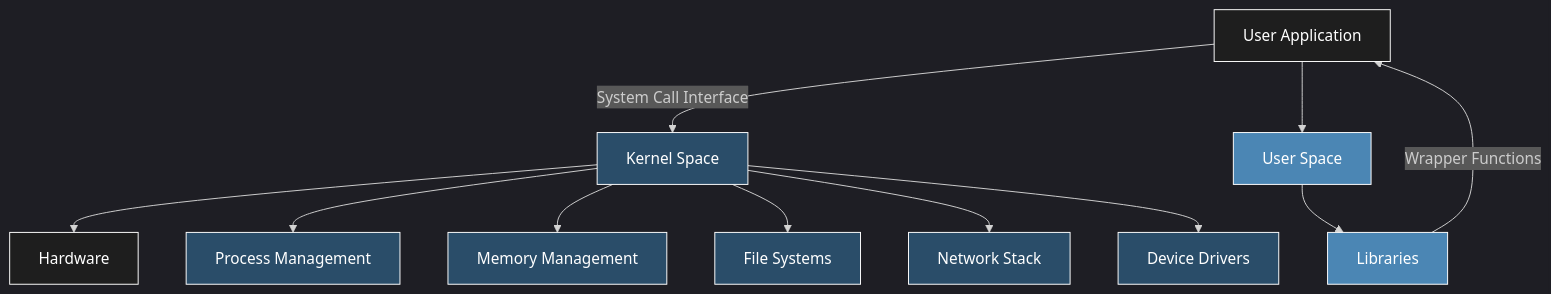
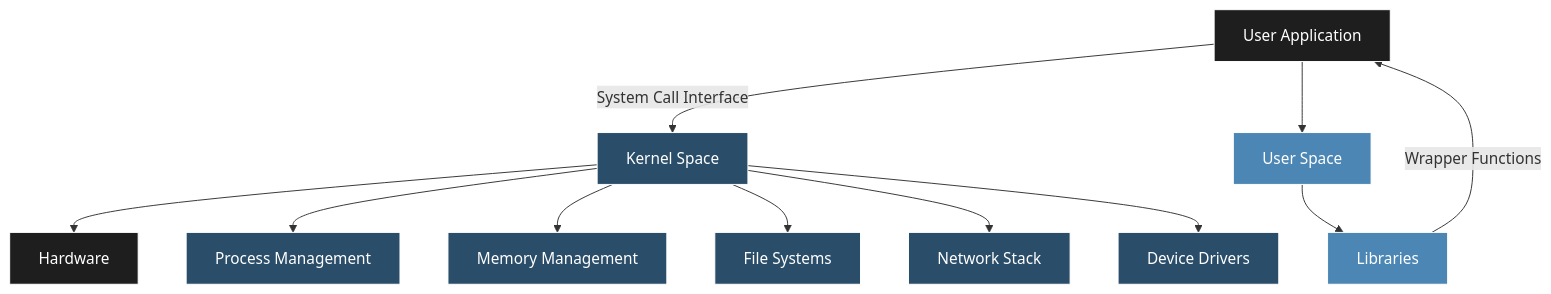
The eighth of 9 diagrams in README.md (Ananya-Addisu/Endless-OS), drawn with Mermaid before and after one commit. The commit also changed other lines of this file, not shown here.

````diff
--- a/README.md
+++ b/README.md
@@ -552,27 +559,26 @@
 ```mermaid
-%%{init: {'theme': 'dark'}}%%
 graph TD
     A[User Application] -->|System Call Interface| B[Kernel Space]
     A --> C[User Space]
     B --> D[Hardware]
     
     C --> E[Libraries]
     E -->|Wrapper Functions| A
     
     B --> F[Process Management]
     B --> G[Memory Management]
     B --> H[File Systems]
     B --> I[Network Stack]
     B --> J[Device Drivers]
     
     style A fill:#1E1E1E,stroke:#FFF,stroke-width:1px,color:#FFF
     style B fill:#2A4D69,stroke:#FFF,stroke-width:1px,color:#FFF
     style C fill:#4B86B4,stroke:#FFF,stroke-width:1px,color:#FFF
     style D fill:#1E1E1E,stroke:#FFF,stroke-width:1px,color:#FFF
     style E fill:#4B86B4,stroke:#FFF,stroke-width:1px,color:#FFF
     style F fill:#2A4D69,stroke:#FFF,stroke-width:1px,color:#FFF
     style G fill:#2A4D69,stroke:#FFF,stroke-width:1px,color:#FFF
     style H fill:#2A4D69,stroke:#FFF,stroke-width:1px,color:#FFF
     style I fill:#2A4D69,stroke:#FFF,stroke-width:1px,color:#FFF
     style J fill:#2A4D69,stroke:#FFF,stroke-width:1px,color:#FFF
 ```
````
